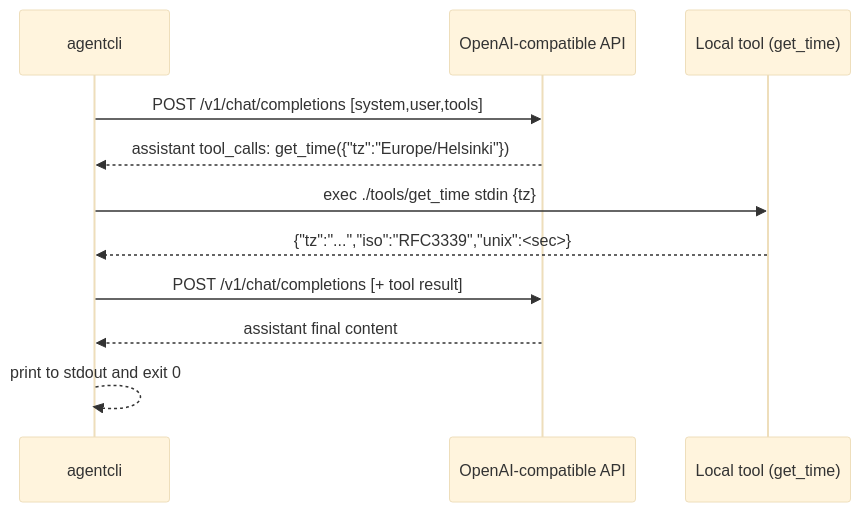
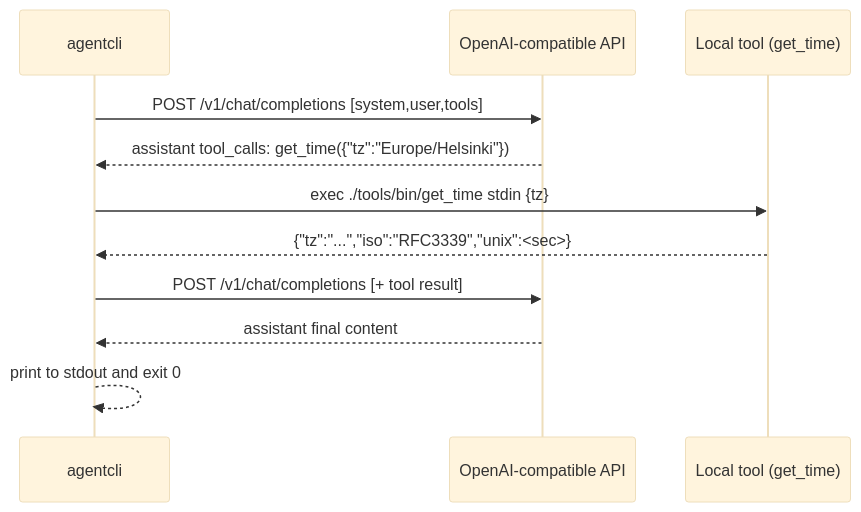
Before and after one commit to hyperifyio/goagent: the diagram in docs/diagrams/agentcli-seq.md, drawn with Mermaid (base theme). The commit also changed 2 other files, not shown here.

Commit message:
[S25:l90-docs-diagrams-paths] Update Mermaid diagrams to use ./tools/bin paths
Align diagrams with canonical tool binary layout under tools/bin to prevent drift with docs and enforce path hygiene. Tests remain green. DoD verified via ripgrep check showing no legacy ./tools/<NAME> references in docs/diagrams.

Refs: https://github.com/hyperifyio/goagent/issues/90

````diff
--- a/docs/diagrams/agentcli-seq.md
+++ b/docs/diagrams/agentcli-seq.md
@@ -1,14 +1,14 @@
 ```mermaid
 sequenceDiagram
     participant CLI as agentcli
     participant API as OpenAI-compatible API
     participant TOOL as Local tool (get_time)
 
     CLI->>API: POST /v1/chat/completions [system,user,tools]
     API-->>CLI: assistant tool_calls: get_time({"tz":"Europe/Helsinki"})
-    CLI->>TOOL: exec ./tools/get_time stdin {tz}
+    CLI->>TOOL: exec ./tools/bin/get_time stdin {tz}
     TOOL-->>CLI: {"tz":"...","iso":"RFC3339","unix":<sec>}
     CLI->>API: POST /v1/chat/completions [+ tool result]
     API-->>CLI: assistant final content
     CLI-->>CLI: print to stdout and exit 0
 ```
````
